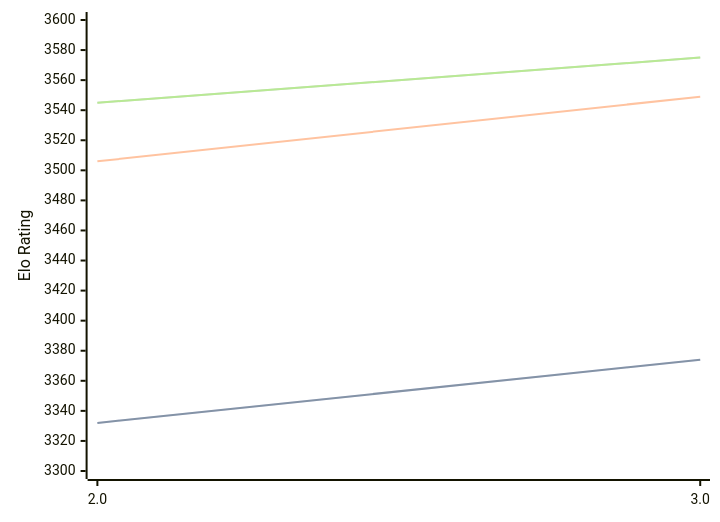
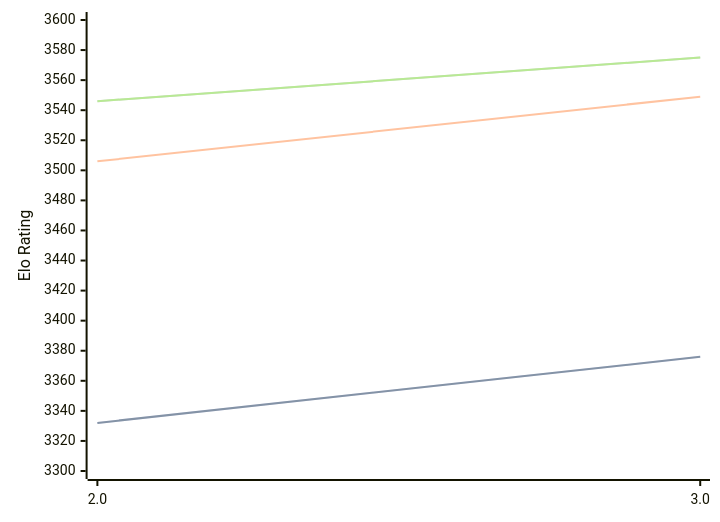
One commit to computer-chess-index/cci changed the diagram in engines/Quanticade.md. Above: the diagram before and after it, drawn with Mermaid. The commit also changed other lines of this file, not shown here.

Commit message:
Update CCI Ratings (ELO VLTC) - 2026-02-18

````diff
--- a/engines/Quanticade.md
+++ b/engines/Quanticade.md
@@ -38,11 +38,11 @@
 ```mermaid
 %%{init: {"theme":"base","themeVariables":{"seriesColors:['#a3a3a3','#222221','#faa371']}}}%%
 xychart-beta
   x-axis ["2.0", "3.0"]
   y-axis "Elo Rating" 3300 --> 3600
-  line "STC (8.0+0.08s)" [3332, 3374]
-  line "STC (8.0+0.08s)" [3332, 3374]
+  line "STC (8.0+0.08s)" [3332, 3376]
+  line "STC (8.0+0.08s)" [3332, 3376]
   line "LTC (60.0+0.60s)" [3506, 3549]
-  line "VLTC (2m24s+1.12s)" [3545, 3575]
-  line "VLTC (2m24s+1.12s)" [3545, 3575]
+  line "VLTC (2m24s+1.12s)" [3546, 3575]
+  line "VLTC (2m24s+1.12s)" [3546, 3575]
 ```
````
